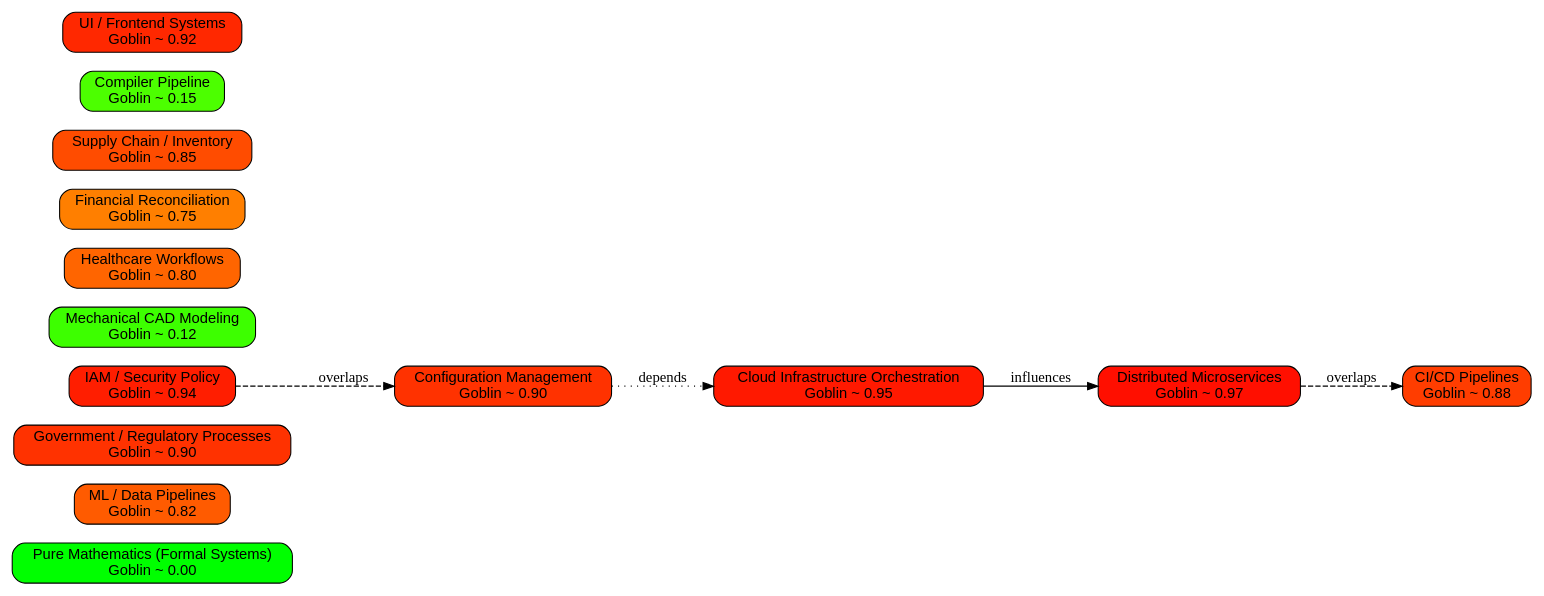
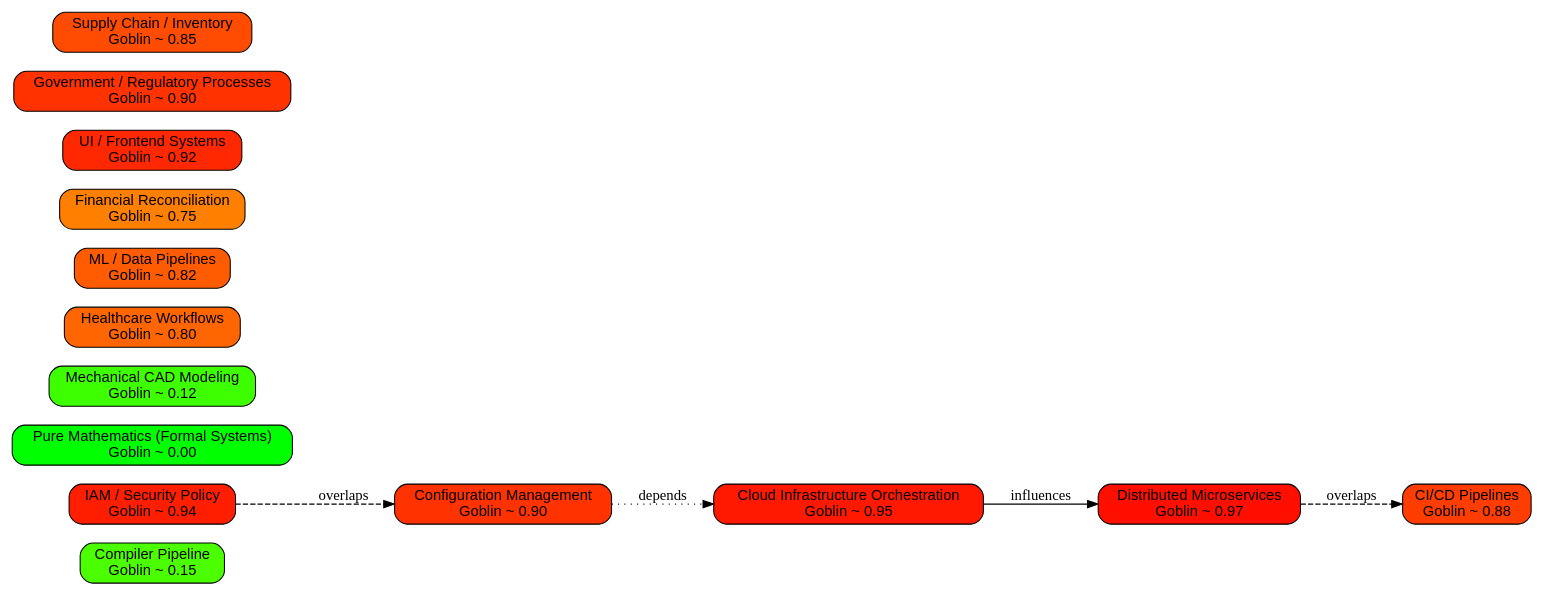
One commit to nkllon/goblin changed the diagram in docs/ttl-graph.dot. Above: the diagram before and after it, drawn with Graphviz. The commit also changed other lines of this file and 7 other files, not shown here.

```diff
--- a/docs/ttl-graph.dot
+++ b/docs/ttl-graph.dot
@@ -1,22 +1,22 @@
 digraph GoblinTTL {
   rankdir=LR;
   node [shape=box, style=rounded, fontname="Helvetica"];
+  "https://nkllon.com/problem#CompilerPipeline" [label="Compiler Pipeline\nGoblin ~ 0.15", style="filled,rounded", fillcolor="#4cff00"];
+  "https://nkllon.com/problem#ConfigManagement" [label="Configuration Management\nGoblin ~ 0.90", style="filled,rounded", fillcolor="#ff3200"];
   "https://nkllon.com/problem#PureMathematics" [label="Pure Mathematics (Formal Systems)\nGoblin ~ 0.00", style="filled,rounded", fillcolor="#00ff00"];
+  "https://nkllon.com/problem#MechanicalCAD" [label="Mechanical CAD Modeling\nGoblin ~ 0.12", style="filled,rounded", fillcolor="#3dff00"];
+  "https://nkllon.com/problem#Microservices" [label="Distributed Microservices\nGoblin ~ 0.97", style="filled,rounded", fillcolor="#ff0f00"];
+  "https://nkllon.com/problem#CloudOrchestration" [label="Cloud Infrastructure Orchestration\nGoblin ~ 0.95", style="filled,rounded", fillcolor="#ff1900"];
+  "https://nkllon.com/problem#HealthcareWorkflow" [label="Healthcare Workflows\nGoblin ~ 0.80", style="filled,rounded", fillcolor="#ff6500"];
   "https://nkllon.com/problem#MLPipelines" [label="ML / Data Pipelines\nGoblin ~ 0.82", style="filled,rounded", fillcolor="#ff5b00"];
+  "https://nkllon.com/problem#CICD" [label="CI/CD Pipelines\nGoblin ~ 0.88", style="filled,rounded", fillcolor="#ff3d00"];
+  "https://nkllon.com/problem#FinanceReconciliation" [label="Financial Reconciliation\nGoblin ~ 0.75", style="filled,rounded", fillcolor="#ff7f00"];
+  "https://nkllon.com/problem#UIFrontend" [label="UI / Frontend Systems\nGoblin ~ 0.92", style="filled,rounded", fillcolor="#ff2800"];
   "https://nkllon.com/problem#GovernmentProcesses" [label="Government / Regulatory Processes\nGoblin ~ 0.90", style="filled,rounded", fillcolor="#ff3200"];
-  "https://nkllon.com/problem#CICD" [label="CI/CD Pipelines\nGoblin ~ 0.88", style="filled,rounded", fillcolor="#ff3d00"];
-  "https://nkllon.com/problem#ConfigManagement" [label="Configuration Management\nGoblin ~ 0.90", style="filled,rounded", fillcolor="#ff3200"];
-  "https://nkllon.com/problem#Microservices" [label="Distributed Microservices\nGoblin ~ 0.97", style="filled,rounded", fillcolor="#ff0f00"];
-  "https://nkllon.com/problem#MechanicalCAD" [label="Mechanical CAD Modeling\nGoblin ~ 0.12", style="filled,rounded", fillcolor="#3dff00"];
-  "https://nkllon.com/problem#HealthcareWorkflow" [label="Healthcare Workflows\nGoblin ~ 0.80", style="filled,rounded", fillcolor="#ff6500"];
-  "https://nkllon.com/problem#FinanceReconciliation" [label="Financial Reconciliation\nGoblin ~ 0.75", style="filled,rounded", fillcolor="#ff7f00"];
-  "https://nkllon.com/problem#CloudOrchestration" [label="Cloud Infrastructure Orchestration\nGoblin ~ 0.95", style="filled,rounded", fillcolor="#ff1900"];
   "https://nkllon.com/problem#SupplyChain" [label="Supply Chain / Inventory\nGoblin ~ 0.85", style="filled,rounded", fillcolor="#ff4c00"];
   "https://nkllon.com/problem#IAMSecurity" [label="IAM / Security Policy\nGoblin ~ 0.94", style="filled,rounded", fillcolor="#ff1e00"];
-  "https://nkllon.com/problem#CompilerPipeline" [label="Compiler Pipeline\nGoblin ~ 0.15", style="filled,rounded", fillcolor="#4cff00"];
-  "https://nkllon.com/problem#UIFrontend" [label="UI / Frontend Systems\nGoblin ~ 0.92", style="filled,rounded", fillcolor="#ff2800"];
   "https://nkllon.com/problem#ConfigManagement" -> "https://nkllon.com/problem#CloudOrchestration" [label="depends", style="dotted"];
   "https://nkllon.com/problem#Microservices" -> "https://nkllon.com/problem#CICD" [label="overlaps", style="dashed"];
   "https://nkllon.com/problem#CloudOrchestration" -> "https://nkllon.com/problem#Microservices" [label="influences", style="solid"];
   "https://nkllon.com/problem#IAMSecurity" -> "https://nkllon.com/problem#ConfigManagement" [label="overlaps", style="dashed"];
 }
```
